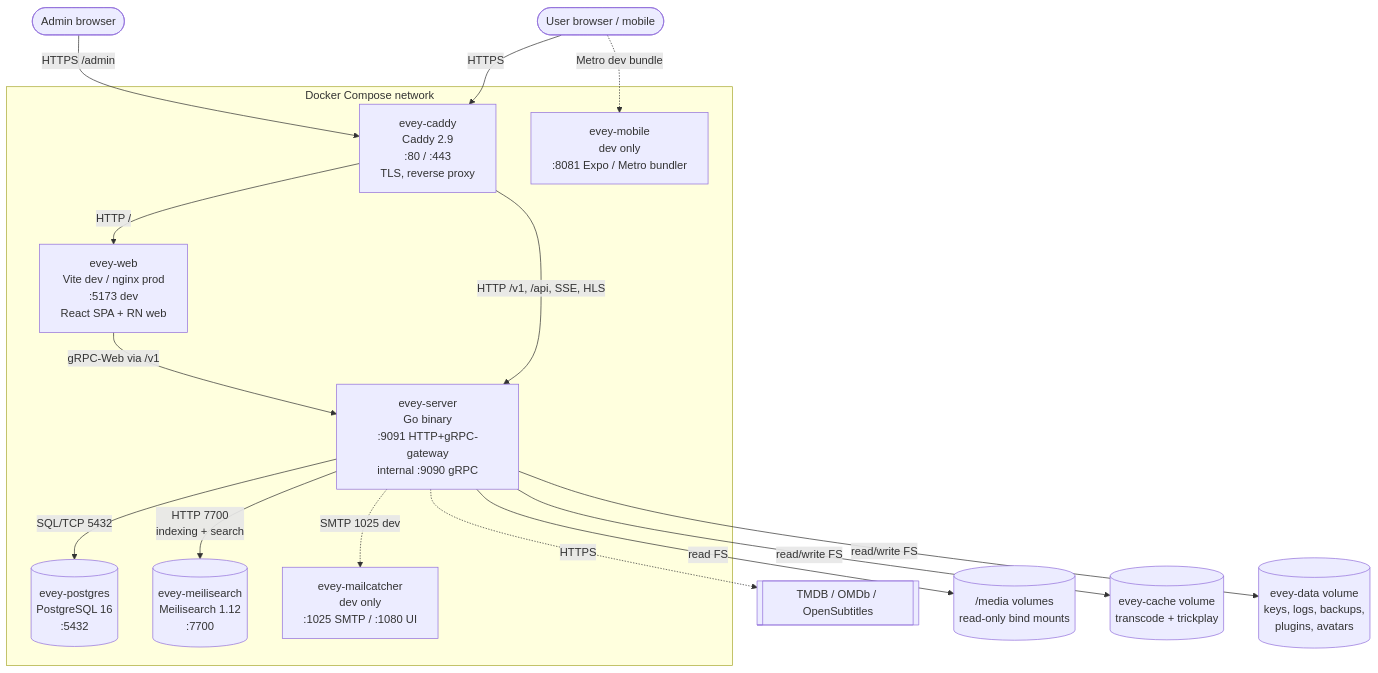
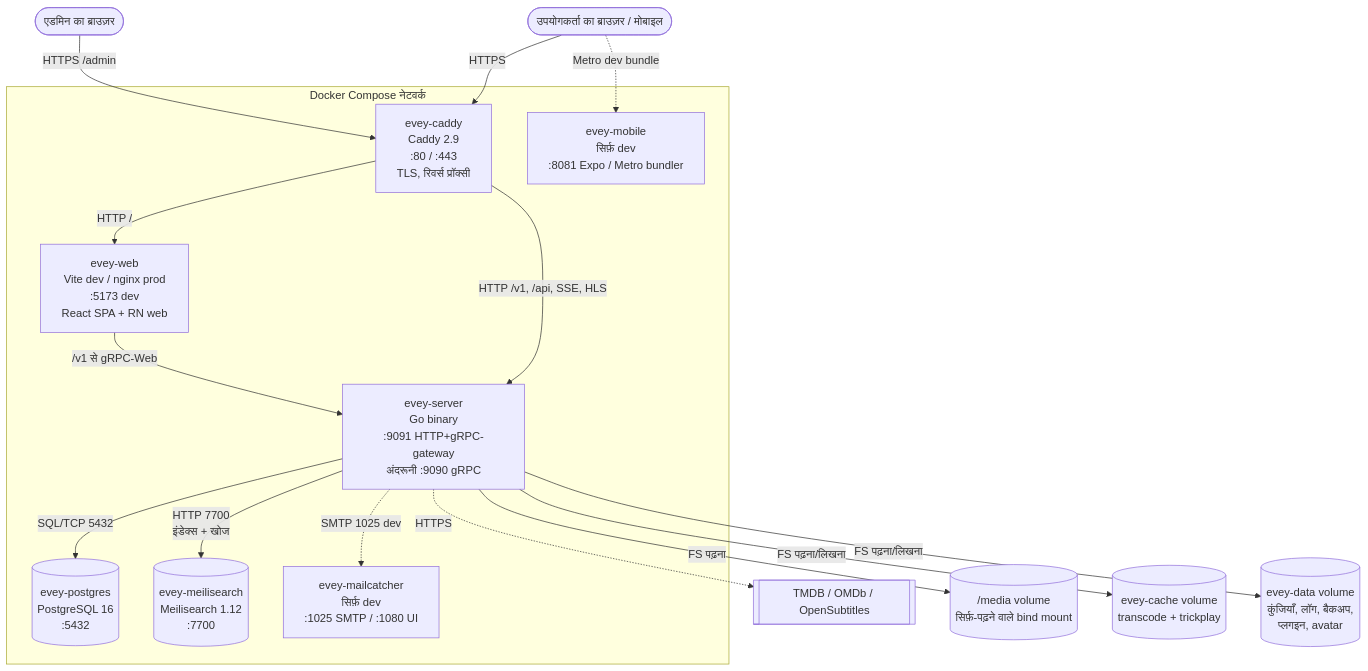
One commit to eveyproject/evey changed the third of 5 diagrams in wiki/translations/hi/ARCHITECTURE.md. Above: the diagram before and after it, drawn with Mermaid. The commit also changed other lines of this file and 14 other files, not shown here.

````diff
--- a/wiki/translations/hi/ARCHITECTURE.md
+++ b/wiki/translations/hi/ARCHITECTURE.md
@@ -154,35 +205,35 @@
 ```mermaid
 flowchart TB
-    user([User browser / mobile])
-    admin([Admin browser])
+    user([उपयोगकर्ता का ब्राउज़र / मोबाइल])
+    admin([एडमिन का ब्राउज़र])
 
-    subgraph compose[Docker Compose network]
-        caddy[evey-caddy<br/>Caddy 2.9<br/>:80 / :443<br/>TLS, reverse proxy]
+    subgraph compose[Docker Compose नेटवर्क]
+        caddy[evey-caddy<br/>Caddy 2.9<br/>:80 / :443<br/>TLS, रिवर्स प्रॉक्सी]
         web[evey-web<br/>Vite dev / nginx prod<br/>:5173 dev<br/>React SPA + RN web]
-        server[evey-server<br/>Go binary<br/>:9091 HTTP+gRPC-gateway<br/>internal :9090 gRPC]
+        server[evey-server<br/>Go binary<br/>:9091 HTTP+gRPC-gateway<br/>अंदरूनी :9090 gRPC]
         pg[(evey-postgres<br/>PostgreSQL 16<br/>:5432)]
         meili[(evey-meilisearch<br/>Meilisearch 1.12<br/>:7700)]
-        mobile[evey-mobile<br/>dev only<br/>:8081 Expo / Metro bundler]
-        mail[evey-mailcatcher<br/>dev only<br/>:1025 SMTP / :1080 UI]
+        mobile[evey-mobile<br/>सिर्फ़ dev<br/>:8081 Expo / Metro bundler]
+        mail[evey-mailcatcher<br/>सिर्फ़ dev<br/>:1025 SMTP / :1080 UI]
     end
 
     tmdb[[TMDB / OMDb / OpenSubtitles]]
-    fs[(/media volumes<br/>read-only bind mounts)]
+    fs[(/media volume<br/>सिर्फ़-पढ़ने वाले bind mount)]
     cache[(evey-cache volume<br/>transcode + trickplay)]
-    data[(evey-data volume<br/>keys, logs, backups,<br/>plugins, avatars)]
+    data[(evey-data volume<br/>कुंजियाँ, लॉग, बैकअप,<br/>प्लगइन, avatar)]
 
     user -->|HTTPS| caddy
     admin -->|HTTPS /admin| caddy
     caddy -->|HTTP /| web
     caddy -->|HTTP /v1, /api, SSE, HLS| server
-    web -->|gRPC-Web via /v1| server
+    web -->|/v1 से gRPC-Web| server
     user -.->|Metro dev bundle| mobile
 
     server -->|SQL/TCP 5432| pg
-    server -->|HTTP 7700<br/>indexing + search| meili
+    server -->|HTTP 7700<br/>इंडेक्स + खोज| meili
     server -.->|SMTP 1025 dev| mail
     server -.->|HTTPS| tmdb
-    server -->|read FS| fs
-    server -->|read/write FS| cache
-    server -->|read/write FS| data
+    server -->|FS पढ़ना| fs
+    server -->|FS पढ़ना/लिखना| cache
+    server -->|FS पढ़ना/लिखना| data
 ```
````
